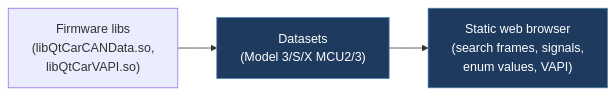
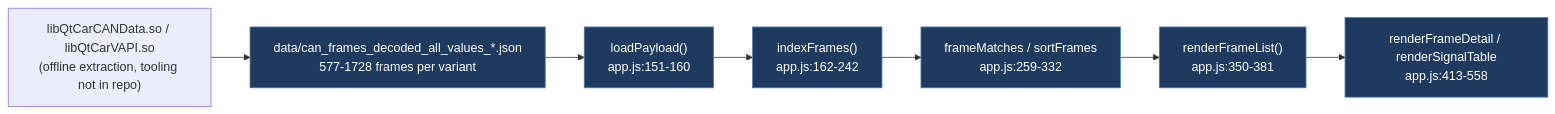
The diagram in docs/legacy/bruvv-tesla-can-explorer.md (babico/TeslaCANModder), drawn with Mermaid before and after one commit. The commit also changed other lines of this file and 99 other files, not shown here.

````diff
--- a/docs/legacy/bruvv-tesla-can-explorer.md
+++ b/docs/legacy/bruvv-tesla-can-explorer.md
@@ -26,7 +62,11 @@
 ```mermaid
 flowchart LR
-    FW["Firmware libs<br/>(libQtCarCANData.so,<br/>libQtCarVAPI.so)"] --> JSON["Datasets<br/>(Model 3/S/X MCU2/3)"]
-    JSON --> UI["Static web browser<br/>(search frames, signals,<br/>enum values, VAPI)"]
-    classDef path fill:#1e3a5f,stroke:#4a7fb5,color:#fff
-    class JSON,UI path
+    Libs["libQtCarCANData.so / libQtCarVAPI.so<br/>(offline extraction, tooling not in repo)"] --> JSON["data/can_frames_decoded_all_values_*.json<br/>577-1728 frames per variant"]
+    JSON --> Fetch["loadPayload()<br/>app.js:151-160"]
+    Fetch --> Index["indexFrames()<br/>app.js:162-242"]
+    Index --> Filter["frameMatches / sortFrames<br/>app.js:259-332"]
+    Filter --> List["renderFrameList()<br/>app.js:350-381"]
+    List --> Detail["renderFrameDetail / renderSignalTable<br/>app.js:413-558"]
+    classDef portal fill:#1e3a5f,stroke:#4a7fb5,color:#fff
+    class JSON,Fetch,Index,Filter,List,Detail portal
 ```
````
